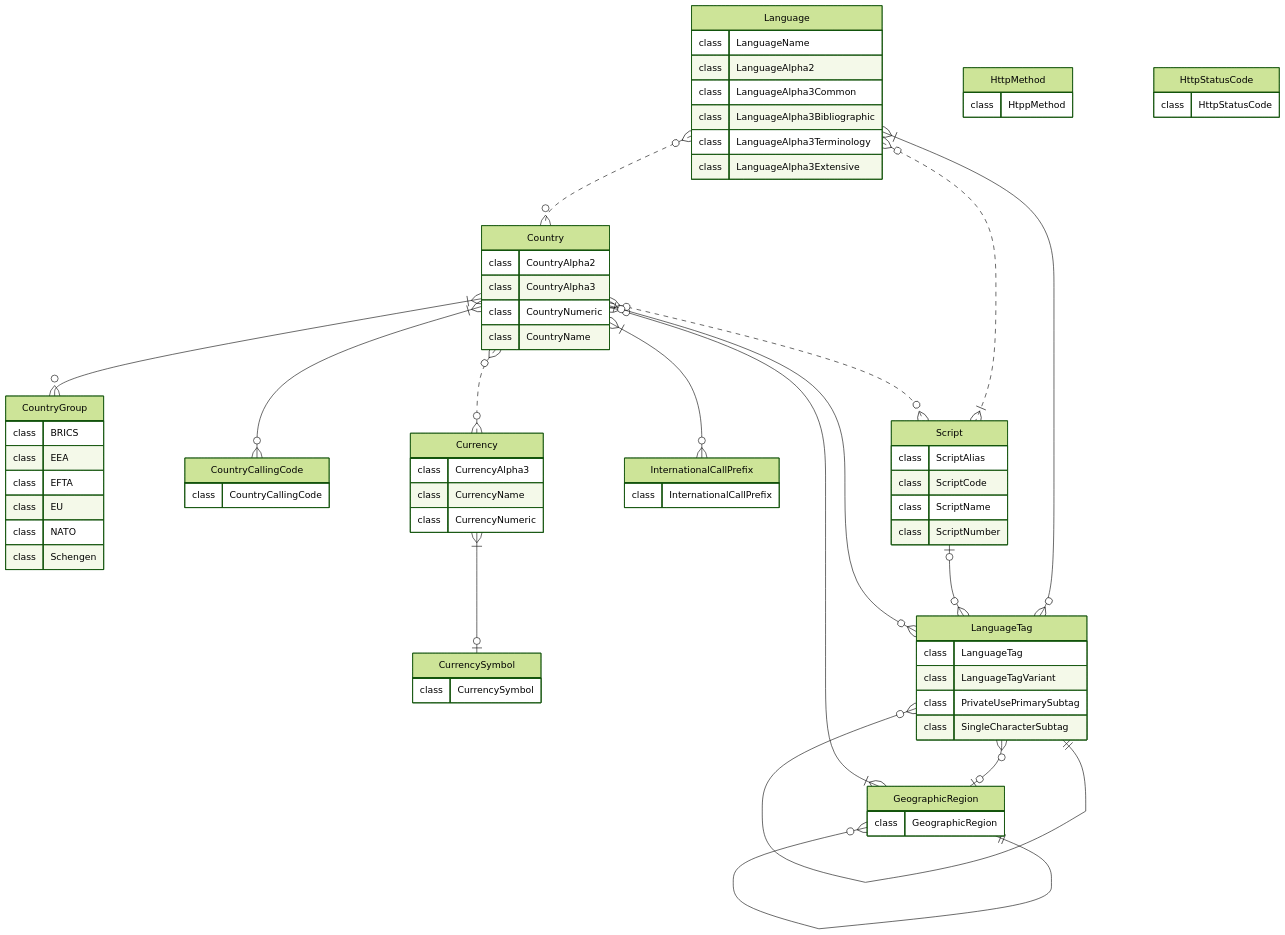
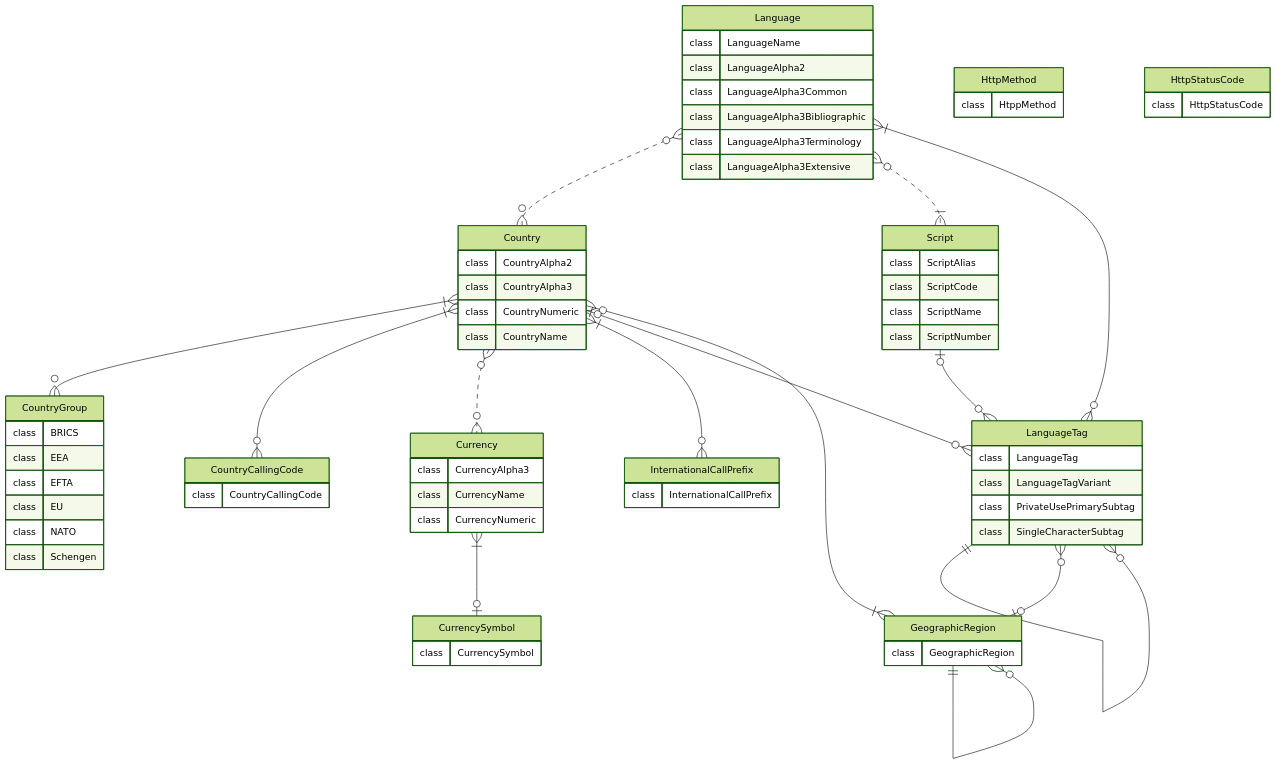
The first of 5 diagrams in README.md (PrinsFrank/standards), drawn with Mermaid (forest theme) before and after one commit.

Commit message:
Relationship between country and script is through language

````diff
--- a/README.md
+++ b/README.md
@@ -41,76 +41,75 @@
 ```mermaid
 erDiagram
     Country {
         class CountryAlpha2
         class CountryAlpha3
         class CountryNumeric
         class CountryName
     }
     GeographicRegion {
         class GeographicRegion
     }
     CountryGroup {
         class BRICS
         class EEA
         class EFTA
         class EU
         class NATO
         class Schengen
     }
     CountryCallingCode {
         class CountryCallingCode
     }
     Currency {
         class CurrencyAlpha3
         class CurrencyName
         class CurrencyNumeric
     }
     CurrencySymbol {
         class CurrencySymbol
     }
     InternationalCallPrefix {
         class InternationalCallPrefix
     }
     Language {
         class LanguageName
         class LanguageAlpha2
         class LanguageAlpha3Common
         class LanguageAlpha3Bibliographic
         class LanguageAlpha3Terminology
         class LanguageAlpha3Extensive
     }
     Script {
         class ScriptAlias
         class ScriptCode
         class ScriptName
         class ScriptNumber
     }
     LanguageTag {
         class LanguageTag
         class LanguageTagVariant
         class PrivateUsePrimarySubtag
         class SingleCharacterSubtag
     }
     HttpMethod {
         class HtppMethod
     }
     HttpStatusCode {
         class HttpStatusCode
     }
 
     GeographicRegion }|--o{ Country: ""
     GeographicRegion ||--o{ GeographicRegion: ""
     Language }o..o{ Country: ""
     Language }o..|{ Script: ""
     Country }|--o{ CountryGroup: ""
     Country }|--o{ CountryCallingCode: ""
     Country }o..o{ Currency: ""
     Country }|--o{ InternationalCallPrefix: ""
-    Country }o..o{ Script: ""
     Currency }|--o| CurrencySymbol: ""
     LanguageTag ||--o{ LanguageTag: ""
     Language }|--o{ LanguageTag: ""
     Script |o--o{ LanguageTag: ""
     Country |o--o{ LanguageTag: ""
     LanguageTag }o--o| GeographicRegion: ""
 ```
````
